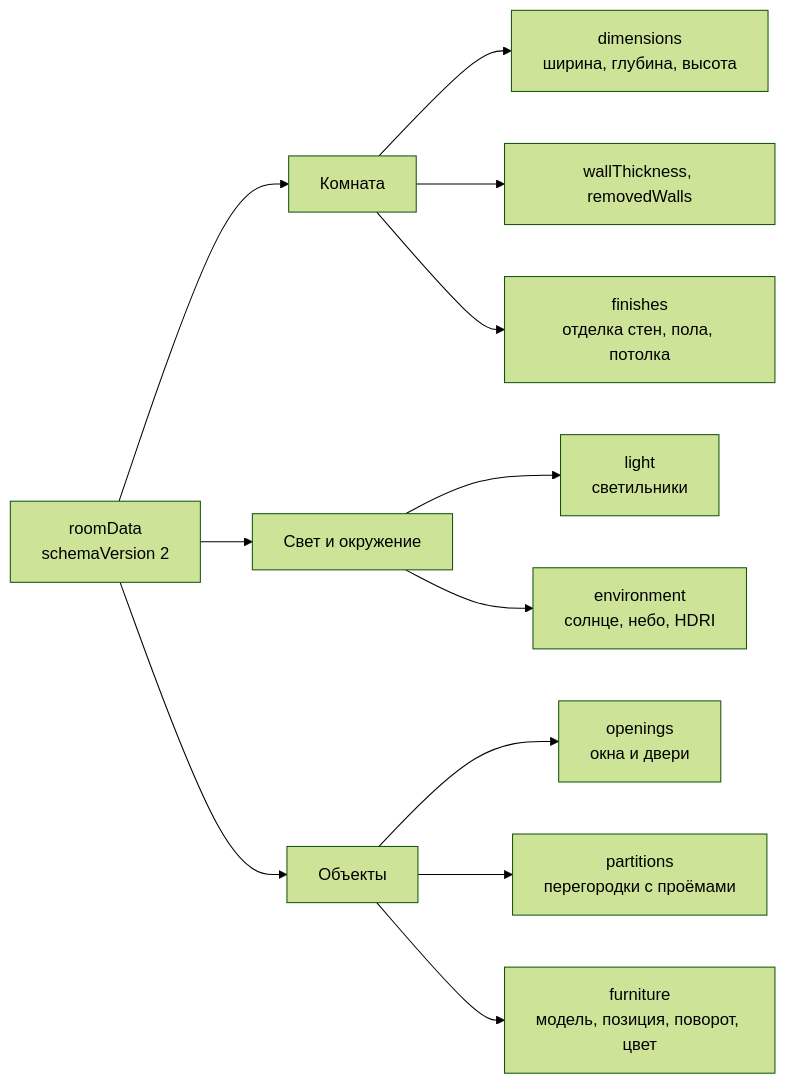
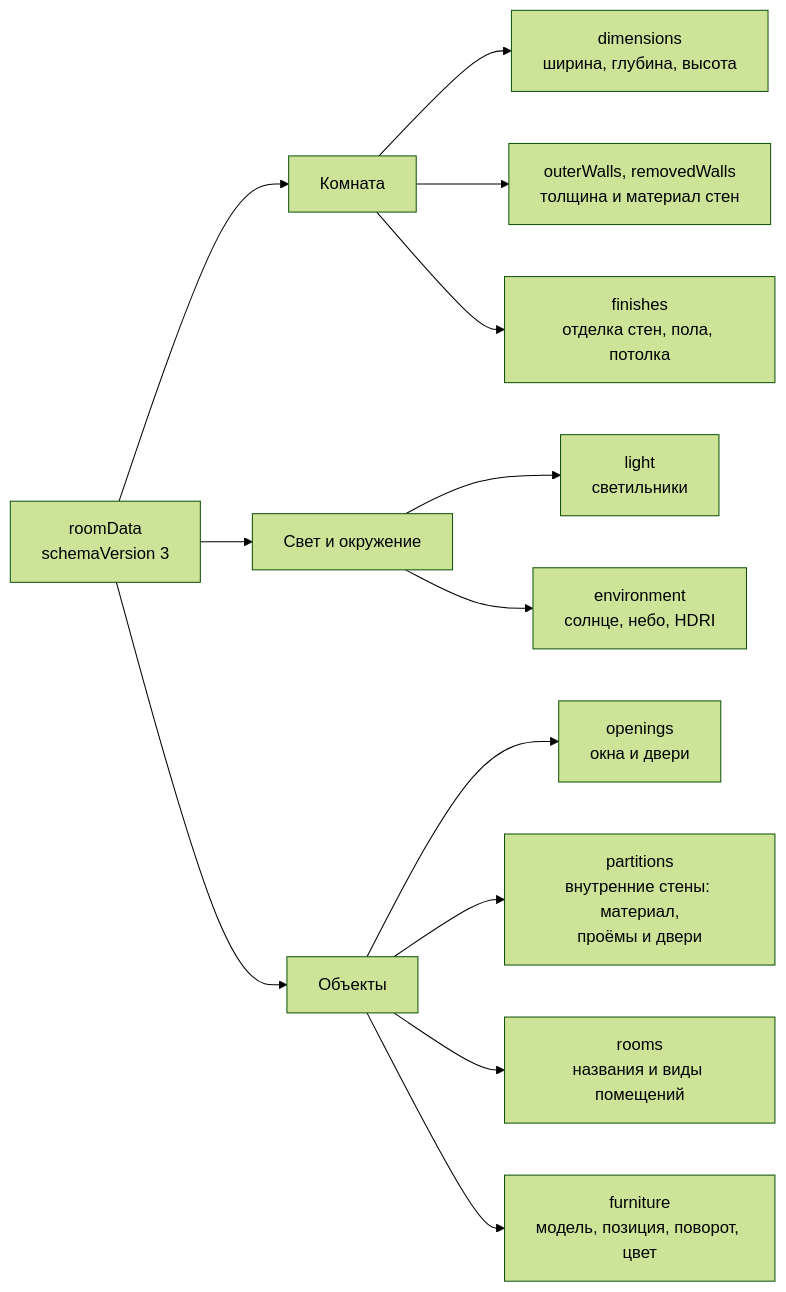
One commit to execada/VRHomeConstruction changed the ninth of 11 diagrams in README.md. Above: the diagram before and after it, drawn with Mermaid (forest theme). The commit also changed other lines of this file and 5 other files, not shown here.

First line of the commit message:
docs: scene format v3, walls, rooms and doors

````diff
--- a/README.md
+++ b/README.md
@@ -334,15 +359,16 @@
 ```mermaid
 flowchart LR
-    doc["roomData<br/>schemaVersion 2"]
+    doc["roomData<br/>schemaVersion 3"]
     doc --> room["Комната"]
     doc --> lighting["Свет и окружение"]
     doc --> objects["Объекты"]
     room --> dimensions["dimensions<br/>ширина, глубина, высота"]
-    room --> walls["wallThickness, removedWalls"]
+    room --> walls["outerWalls, removedWalls<br/>толщина и материал стен"]
     room --> finishes["finishes<br/>отделка стен, пола, потолка"]
     lighting --> light["light<br/>светильники"]
     lighting --> environment["environment<br/>солнце, небо, HDRI"]
     objects --> openings["openings<br/>окна и двери"]
-    objects --> partitions["partitions<br/>перегородки с проёмами"]
+    objects --> partitions["partitions<br/>внутренние стены: материал,<br/>проёмы и двери"]
+    objects --> rooms["rooms<br/>названия и виды помещений"]
     objects --> furniture["furniture<br/>модель, позиция, поворот, цвет"]
 ```
````
